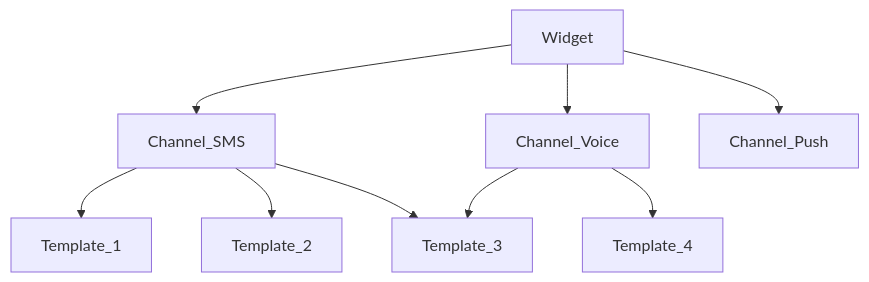
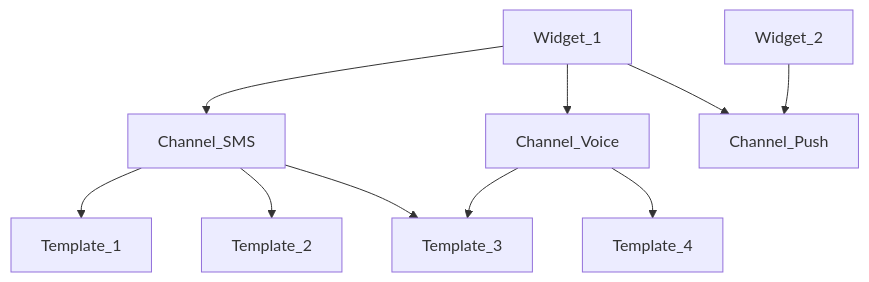
Before and after one commit to sigmasms/otp-sdk-docs: the diagram in DOCS_MAIN.md, drawn with Mermaid. The commit also changed 5 other files, not shown here.

````diff
--- a/DOCS_MAIN.md
+++ b/DOCS_MAIN.md
@@ -9,13 +9,14 @@
 ```mermaid
 flowchart TD
-    Widget --> Channel_SMS
-    Widget --> Channel_Voice
-    Widget --> Channel_Push
+    Widget_1 --> Channel_SMS
+    Widget_1 --> Channel_Voice
+    Widget_1 --> Channel_Push
+    Widget_2 --> Channel_Push
 
     Channel_SMS --> Template_1
     Channel_SMS --> Template_2
     Channel_SMS --> Template_3
 
     Channel_Voice --> Template_4
     Channel_Voice --> Template_3
 ```
````
